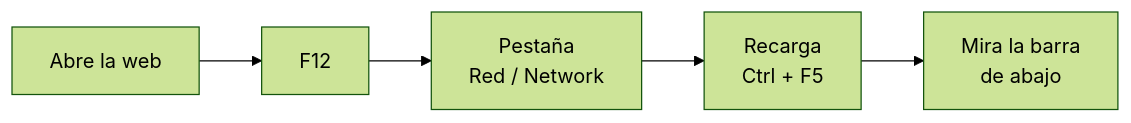
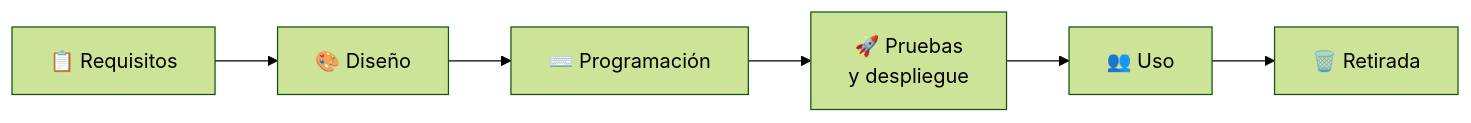
Before and after one commit to campusdevfp/sost2627: the fourth of 8 diagrams in docs/ut3/index.md, drawn with Mermaid (forest theme). The commit also changed other lines of this file and 5 other files, not shown here.

````diff
--- a/docs/ut3/index.md
+++ b/docs/ut3/index.md
@@ -183,4 +110,4 @@
 ```mermaid
 flowchart LR
-    A["Abre la web"] --> B["F12"] --> C["Pestaña<br/>Red / Network"] --> D["Recarga<br/>Ctrl + F5"] --> E["Mira la barra<br/>de abajo"]
+    R["📋 Requisitos"] --> D["🎨 Diseño"] --> P["⌨️ Programación"] --> T["🚀 Pruebas<br/>y despliegue"] --> U["👥 Uso"] --> X["🗑️ Retirada"]
 ```
````
